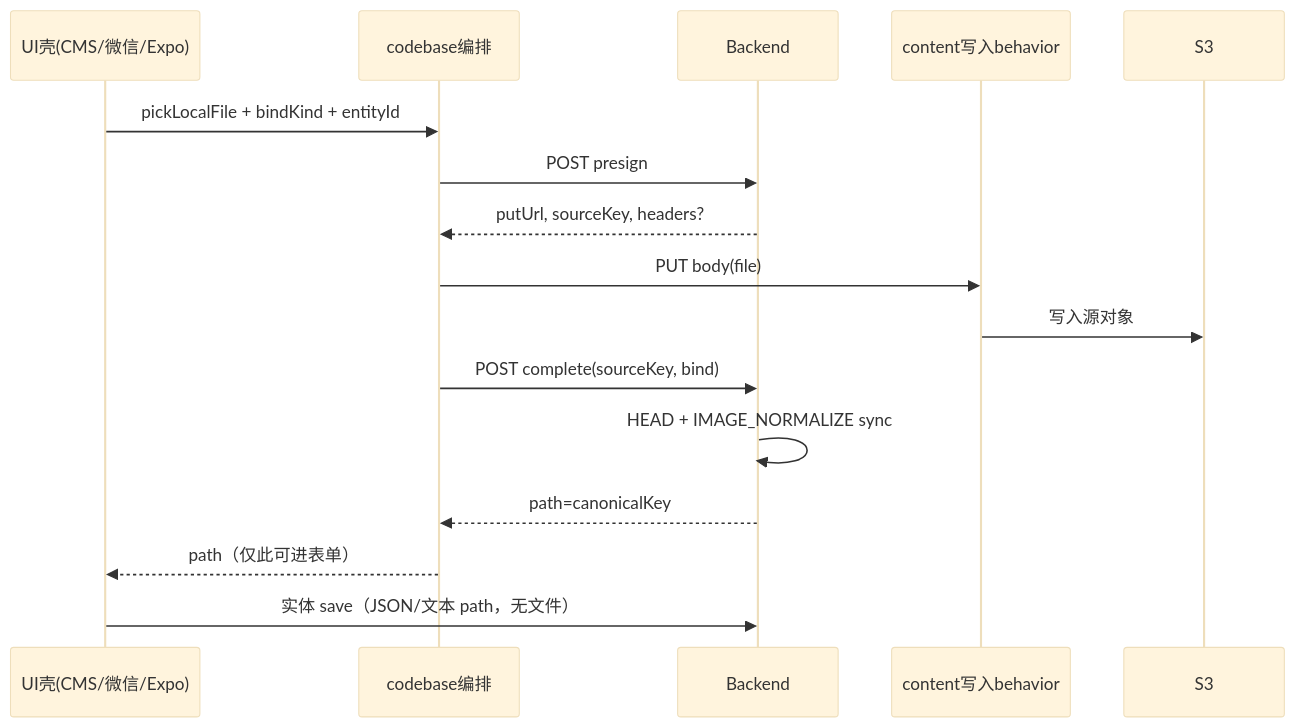
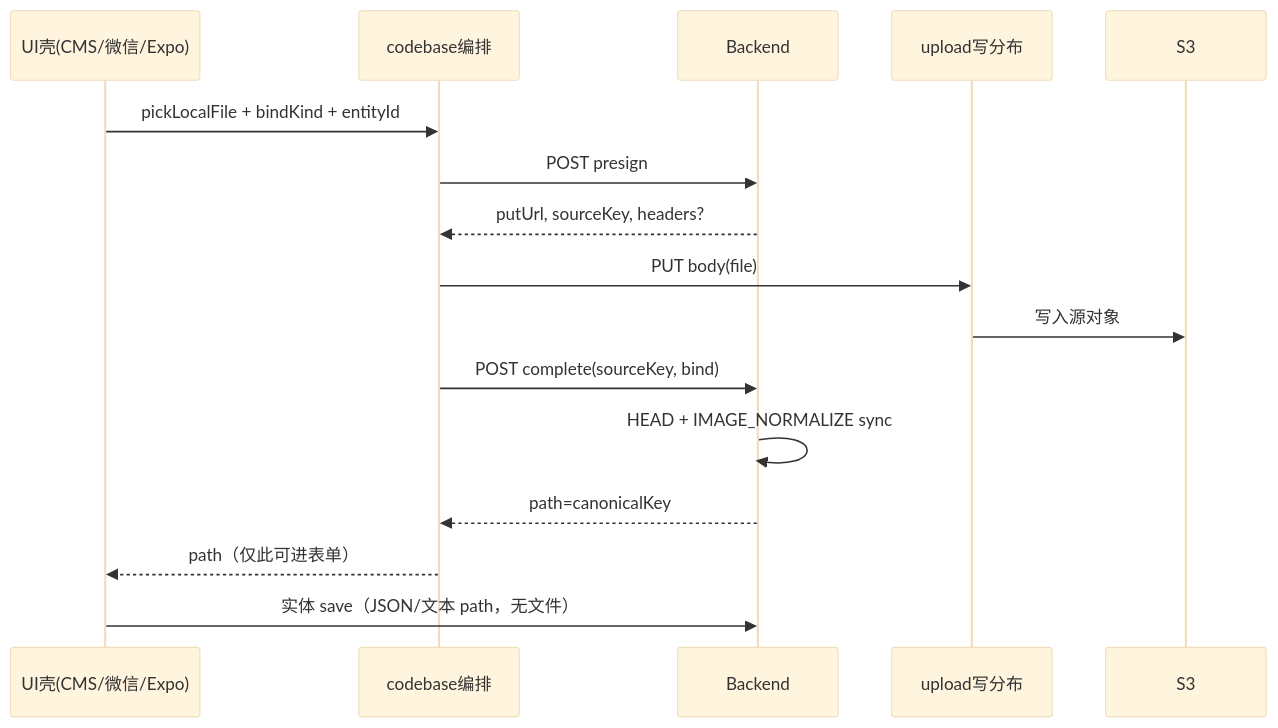
Before and after one commit to lancety/xituan_agent: the diagram in devGuide/catalog-image-direct-upload-standard.md, drawn with Mermaid (base theme). The commit also changed other lines of this file and 17 other files, not shown here.

````diff
--- a/devGuide/catalog-image-direct-upload-standard.md
+++ b/devGuide/catalog-image-direct-upload-standard.md
@@ -22,19 +22,19 @@
 ```mermaid
 sequenceDiagram
   participant UI as UI壳(CMS/微信/Expo)
   participant Orch as codebase编排
   participant API as Backend
-  participant Up as content写入behavior
+  participant Up as upload写分布
   participant S3 as S3
 
   UI->>Orch: pickLocalFile + bindKind + entityId
   Orch->>API: POST presign
   API-->>Orch: putUrl, sourceKey, headers?
   Orch->>Up: PUT body(file)
   Up->>S3: 写入源对象
   Orch->>API: POST complete(sourceKey, bind)
   API->>API: HEAD + IMAGE_NORMALIZE sync
   API-->>Orch: path=canonicalKey
   Orch-->>UI: path（仅此可进表单）
   UI->>API: 实体 save（JSON/文本 path，无文件）
 ```
````
